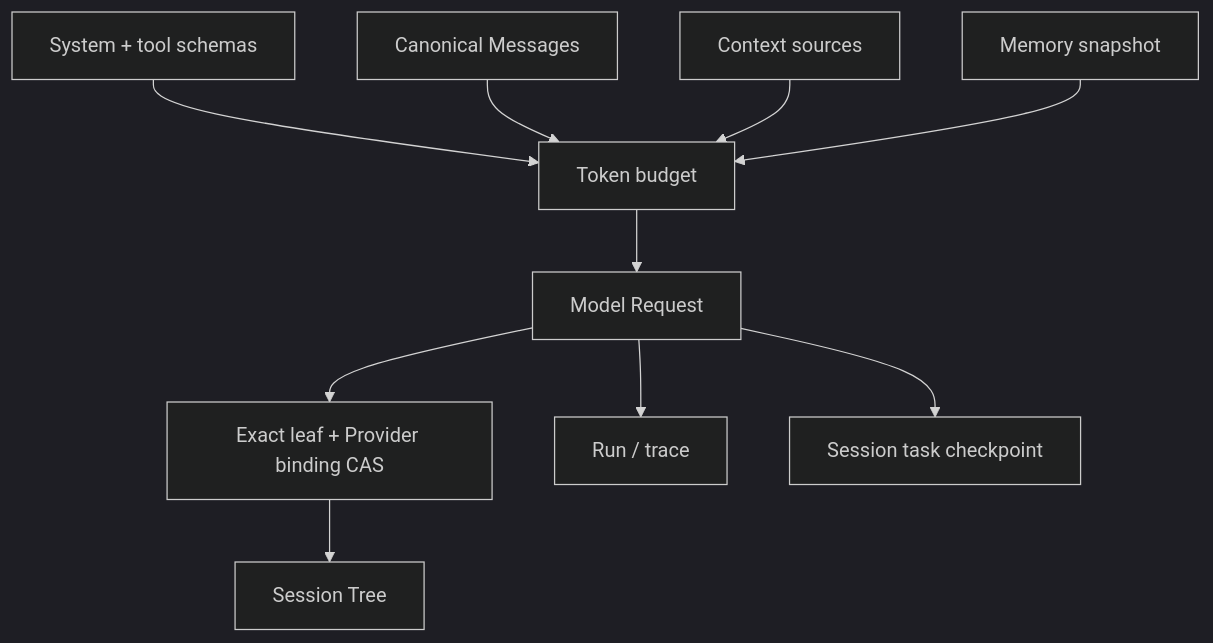
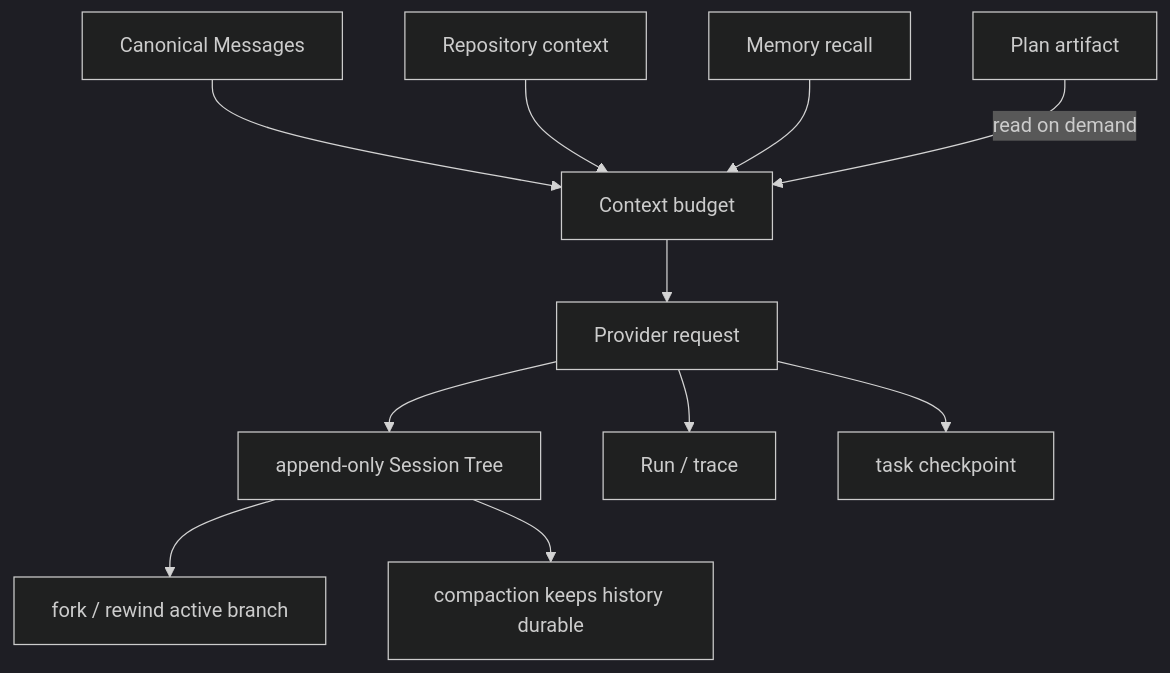
The sixth of 8 diagrams in docs/architecture.md (xiawiie/pony-code), drawn with Mermaid (dark theme) before and after one commit. The commit also changed other lines of this file and 1 other file, not shown here.

````diff
--- a/docs/architecture.md
+++ b/docs/architecture.md
@@ -293,12 +142,13 @@
 ```mermaid
 flowchart TB
-    SM["System + tool schemas"] --> B["Token budget"]
-    CM["Canonical Messages"] --> B
-    CS["Context sources"] --> B
-    MM["Memory snapshot"] --> B
-    B --> MR["Model Request"]
-    MR --> CAS["Exact leaf + Provider binding CAS"]
-    CAS --> SS["Session Tree"]
-    MR --> RS["Run / trace"]
-    MR --> CP["Session task checkpoint"]
+    M["Canonical Messages"] --> B["Context budget"]
+    C["Repository context"] --> B
+    N["Memory recall"] --> B
+    P["Plan artifact"] -->|"read on demand"| B
+    B --> Q["Provider request"]
+    Q --> S["append-only Session Tree"]
+    Q --> R["Run / trace"]
+    Q --> K["task checkpoint"]
+    S --> F["fork / rewind active branch"]
+    S --> G["compaction keeps history durable"]
 ```
````
